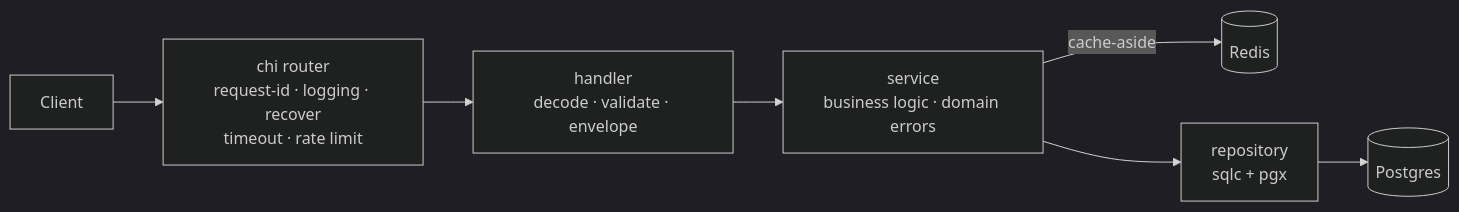
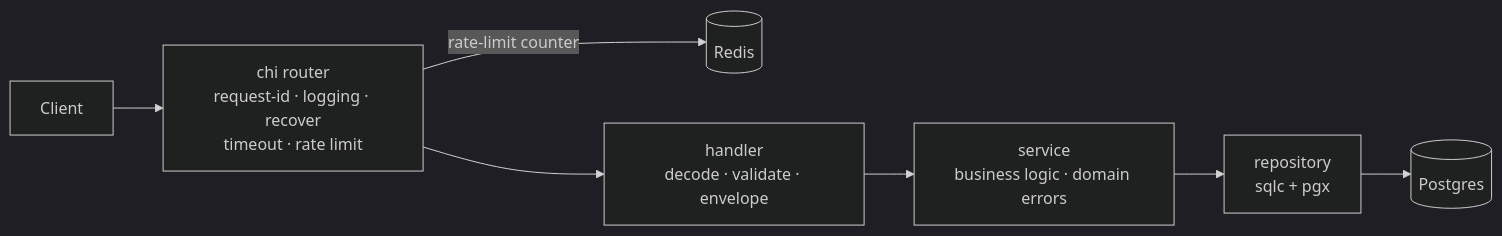
One commit to GtFoBAE05/go-boilerplate changed the diagram in README.md. Above: the diagram before and after it, drawn with Mermaid (dark theme). The commit also changed other lines of this file and 37 other files, not shown here.

Commit message:
refactor: harden architecture, errors, and production defaults

````diff
--- a/README.md
+++ b/README.md
@@ -25,9 +25,9 @@
 ```mermaid
 flowchart LR
     C[Client] --> M[chi router\nrequest-id · logging · recover\ntimeout · rate limit]
+    M -->|rate-limit counter| R[(Redis)]
     M --> H[handler\ndecode · validate · envelope]
     H --> S[service\nbusiness logic · domain errors]
-    S -->|cache-aside| R[(Redis)]
     S --> Q[repository\nsqlc + pgx]
     Q --> P[(Postgres)]
 ```
````
